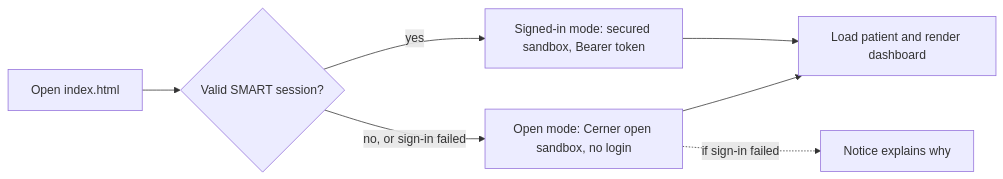
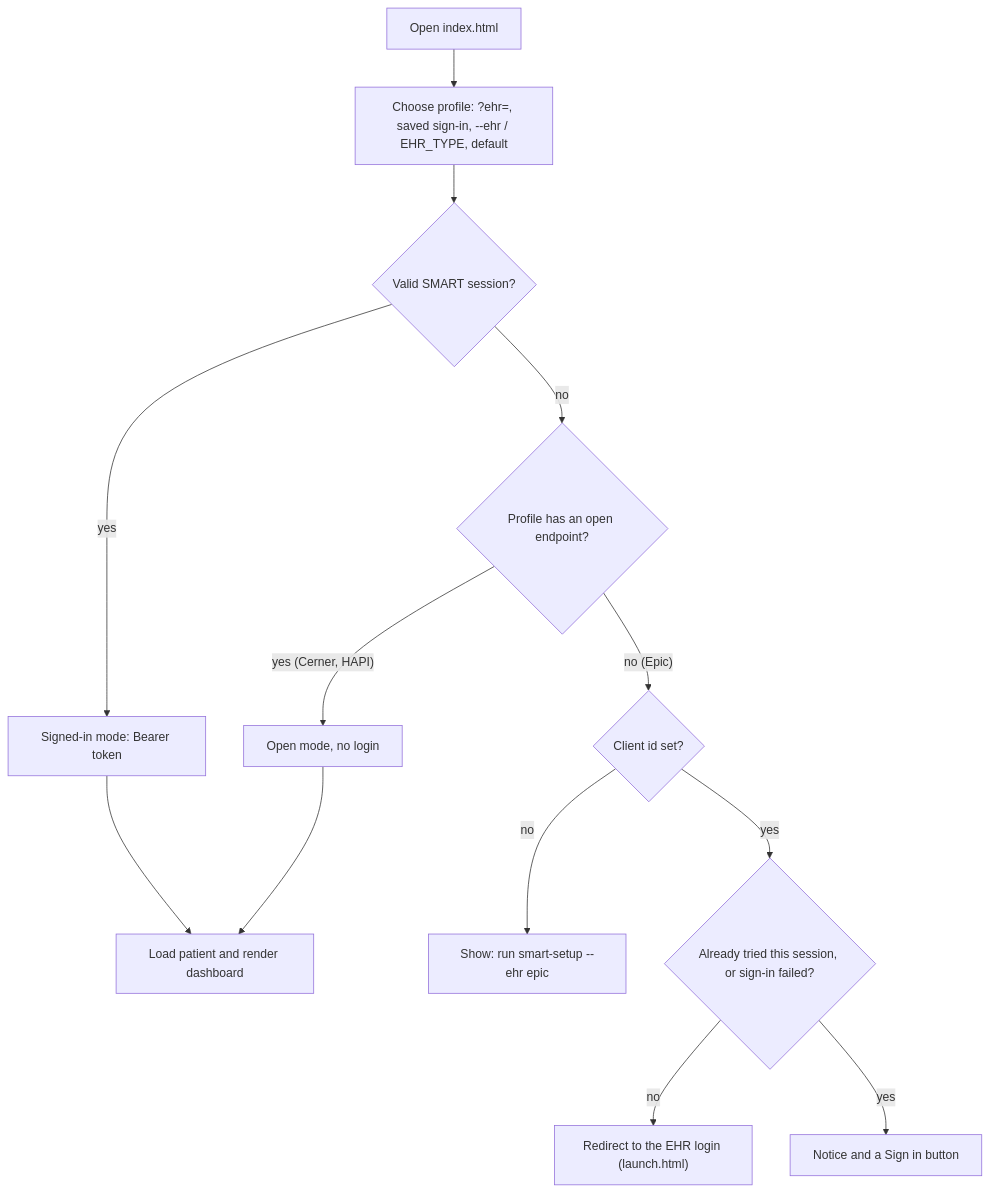
Before and after one commit to tonyreina/ehr_sandbox: the diagram in docs/demos/smart-app.md, drawn with Mermaid. The commit also changed other lines of this file and 15 other files, not shown here.

First line of the commit message:
Make the dashboard multi-EHR with automatic sign-in

````diff
--- a/docs/demos/smart-app.md
+++ b/docs/demos/smart-app.md
@@ -21,9 +32,15 @@
 ```mermaid
-flowchart LR
-    S[Open index.html] --> C{"Valid SMART session?"}
-    C -- "yes" --> SG["Signed-in mode: secured sandbox, Bearer token"]
-    C -- "no, or sign-in failed" --> O["Open mode: Cerner open sandbox, no login"]
-    O -. "if sign-in failed" .-> N["Notice explains why"]
+flowchart TD
+    S[Open index.html] --> P["Choose profile: ?ehr=, saved sign-in, --ehr / EHR_TYPE, default"]
+    P --> V{"Valid SMART session?"}
+    V -- "yes" --> SG["Signed-in mode: Bearer token"]
+    V -- "no" --> O{"Profile has an open endpoint?"}
+    O -- "yes (Cerner, HAPI)" --> OM["Open mode, no login"]
+    O -- "no (Epic)" --> C{"Client id set?"}
+    C -- "no" --> H["Show: run smart-setup --ehr epic"]
+    C -- "yes" --> A{"Already tried this session, or sign-in failed?"}
+    A -- "no" --> R["Redirect to the EHR login (launch.html)"]
+    A -- "yes" --> B["Notice and a Sign in button"]
     SG --> D[Load patient and render dashboard]
-    O --> D
+    OM --> D
 ```
````
